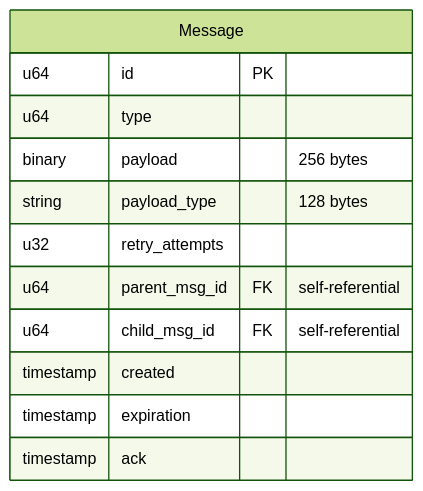
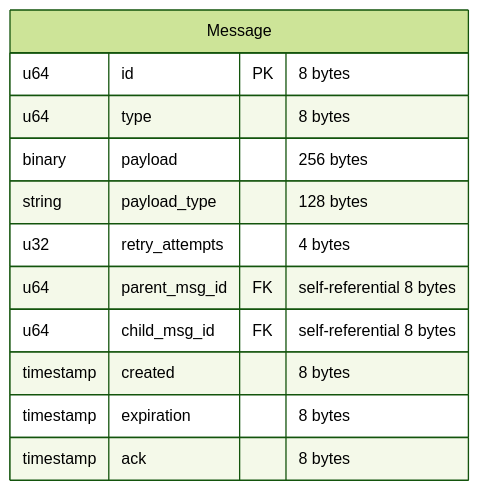
The diagram in sys-design/hacking/39_interplanetary.md (brpandey/leetcode-notes), drawn with Mermaid (forest theme) before and after one commit. The commit also changed other lines of this file and 16 other files, not shown here.

Commit message:
Added schema data type sizes

````diff
--- a/sys-design/hacking/39_interplanetary.md
+++ b/sys-design/hacking/39_interplanetary.md
@@ -125,16 +125,16 @@
 ```mermaid
    erDiagram
 
    Message {
-       u64 id PK
-       u64 type 
+       u64 id PK "8 bytes"
+       u64 type "8 bytes"
        binary payload "256 bytes"
        string payload_type "128 bytes"
-       u32 retry_attempts
-       u64 parent_msg_id FK "self-referential"
-       u64 child_msg_id FK "self-referential"
-       timestamp created
-       timestamp expiration
-       timestamp ack
+       u32 retry_attempts "4 bytes"
+       u64 parent_msg_id FK "self-referential 8 bytes"
+       u64 child_msg_id FK "self-referential 8 bytes"
+       timestamp created "8 bytes"
+       timestamp expiration "8 bytes"
+       timestamp ack "8 bytes"
    }
 ```
````
